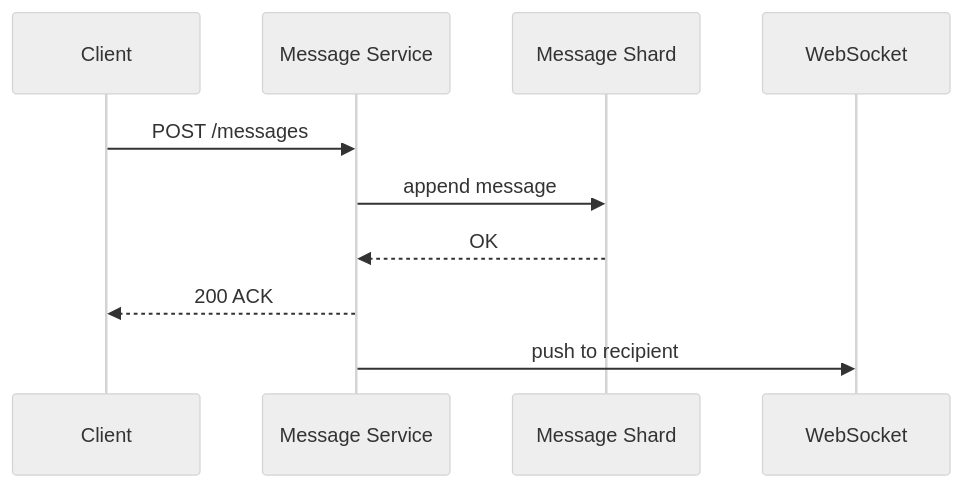
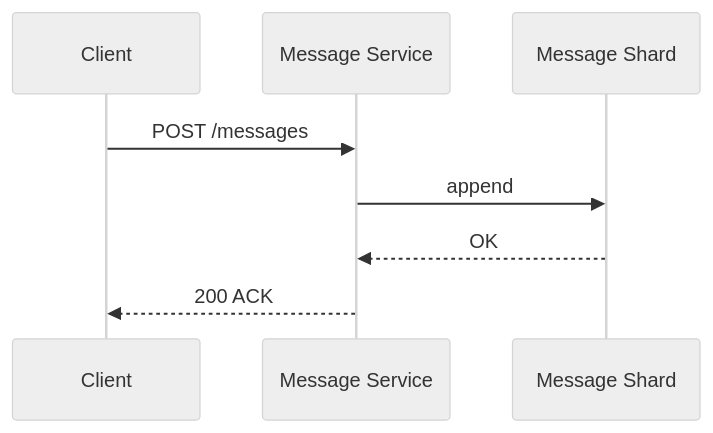
Before and after one commit to Mr-Radion/system-design-interview: the second of 2 diagrams in examples/vk-social.md, drawn with Mermaid (neutral theme). The commit also changed other lines of this file and 60 other files, not shown here.

````diff
--- a/examples/vk-social.md
+++ b/examples/vk-social.md
@@ -336,13 +134,11 @@
 ```mermaid
 sequenceDiagram
     participant C as Client
     participant M as Message Service
     participant S as Message Shard
-    participant W as WebSocket
 
     C->>M: POST /messages
-    M->>S: append message
+    M->>S: append
     S-->>M: OK
     M-->>C: 200 ACK
-    M->>W: push to recipient
 ```
````
